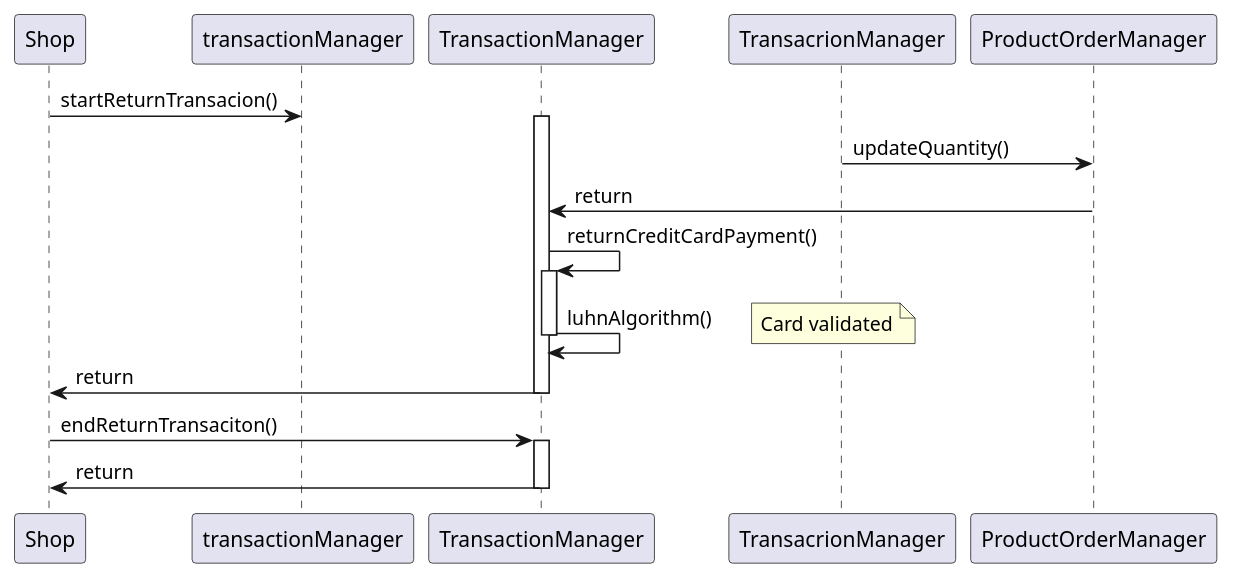
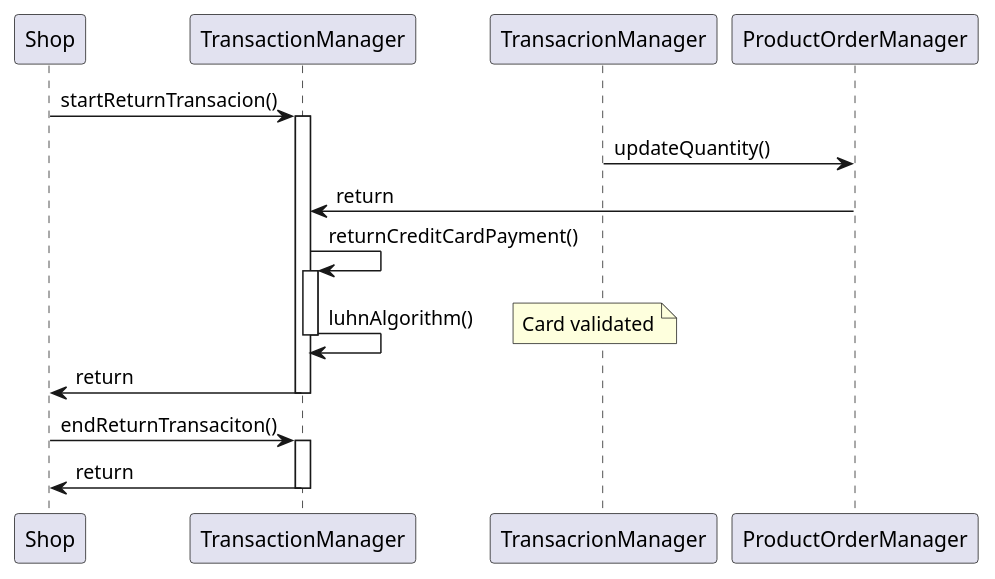
One commit to nicolabattaglino/ezshop changed the fourth of 5 diagrams in Deliverables/DesignDocument.md. Above: the diagram before and after it, drawn with PlantUML. The commit also changed other lines of this file, not shown here.

````diff
--- a/Deliverables/DesignDocument.md
+++ b/Deliverables/DesignDocument.md
@@ -486,19 +486,19 @@
 ```plantuml
 @startuml
-Shop -> transactionManager: startReturnTransacion()
+Shop -> TransactionManager: startReturnTransacion()
 activate TransactionManager
 TransacrionManager -> ProductOrderManager: updateQuantity()
 ProductOrderManager -> TransactionManager: return
 TransactionManager -> TransactionManager:returnCreditCardPayment()
 activate TransactionManager
 TransactionManager -> TransactionManager: luhnAlgorithm()
 note right: Card validated
 deactivate TransactionManager 
 TransactionManager  -> Shop: return
 deactivate TransactionManager 
 Shop -> TransactionManager: endReturnTransaciton()
 activate TransactionManager
 TransactionManager -> Shop:return 
 deactivate TransactionManager 
 @enduml
 ```
````
